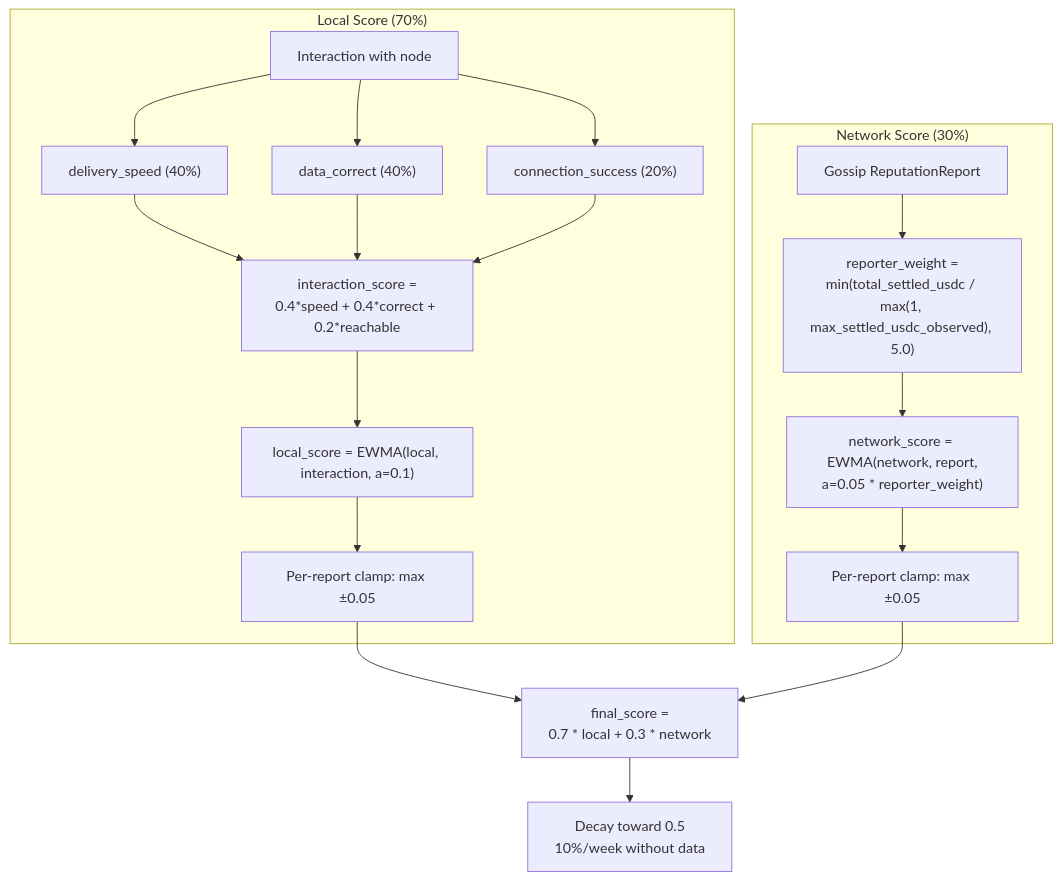
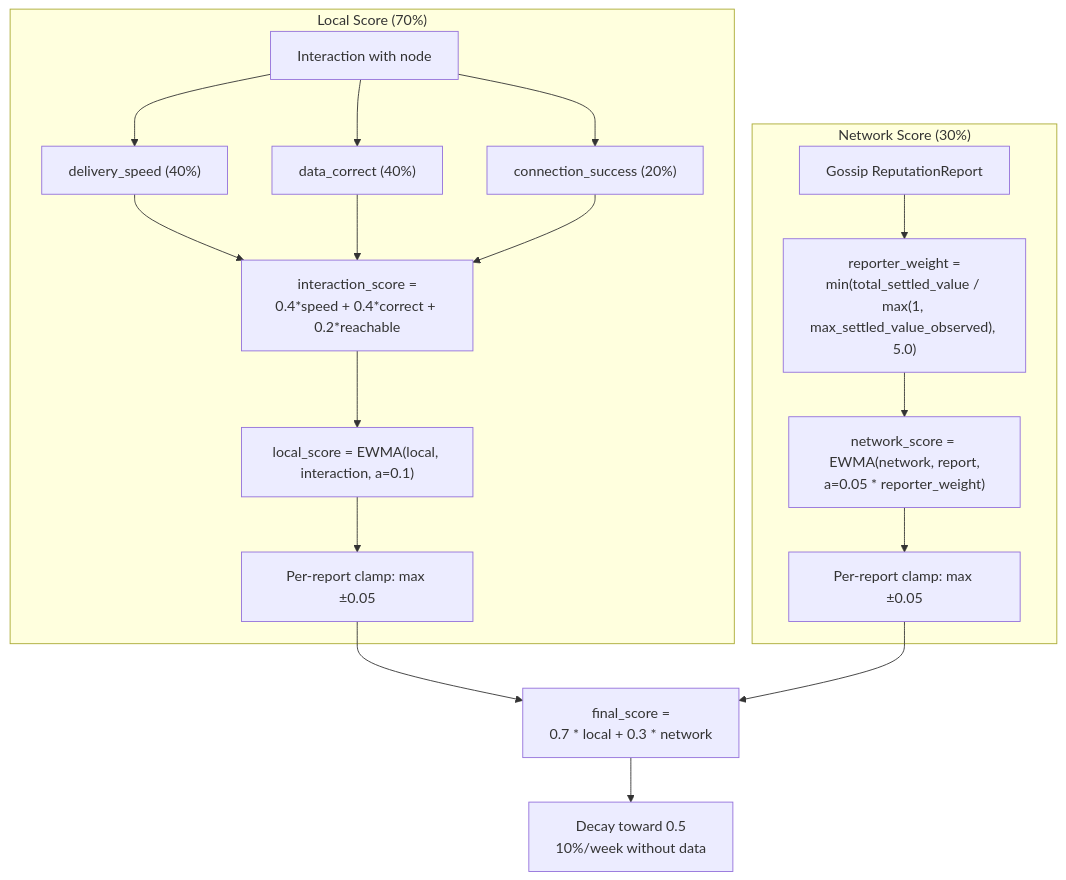
One commit to decdn/decdn changed the first of 2 diagrams in adr/008-reputation.md. Above: the diagram before and after it, drawn with Mermaid. The commit also changed other lines of this file and 11 other files, not shown here.

First line of the commit message:
docs: fix 56 findings from comprehensive ADR architecture review (#142)

````diff
--- a/adr/008-reputation.md
+++ b/adr/008-reputation.md
@@ -70,24 +74,24 @@
 ```mermaid
 flowchart TD
     subgraph Local["Local Score (70%)"]
         I[Interaction with node] --> M1["delivery_speed (40%)"]
         I --> M2["data_correct (40%)"]
         I --> M3["connection_success (20%)"]
         M1 --> IS["interaction_score =<br/>0.4*speed + 0.4*correct + 0.2*reachable"]
         M2 --> IS
         M3 --> IS
         IS --> EWMA1["local_score = EWMA(local, interaction, a=0.1)"]
         EWMA1 --> CLAMP1["Per-report clamp: max ±0.05"]
     end
 
     subgraph Network["Network Score (30%)"]
-        GR[Gossip ReputationReport] --> RW["reporter_weight =<br/>min(total_settled_usdc / max(1, max_settled_usdc_observed), 5.0)"]
+        GR[Gossip ReputationReport] --> RW["reporter_weight =<br/>min(total_settled_value / max(1, max_settled_value_observed), 5.0)"]
         RW --> EWMA2["network_score = EWMA(network, report,<br/>a=0.05 * reporter_weight)"]
         EWMA2 --> CLAMP2["Per-report clamp: max ±0.05"]
     end
 
     CLAMP1 --> FINAL["final_score =<br/>0.7 * local + 0.3 * network"]
     CLAMP2 --> FINAL
 
     FINAL --> DECAY["Decay toward 0.5<br/>10%/week without data"]
 ```
````
